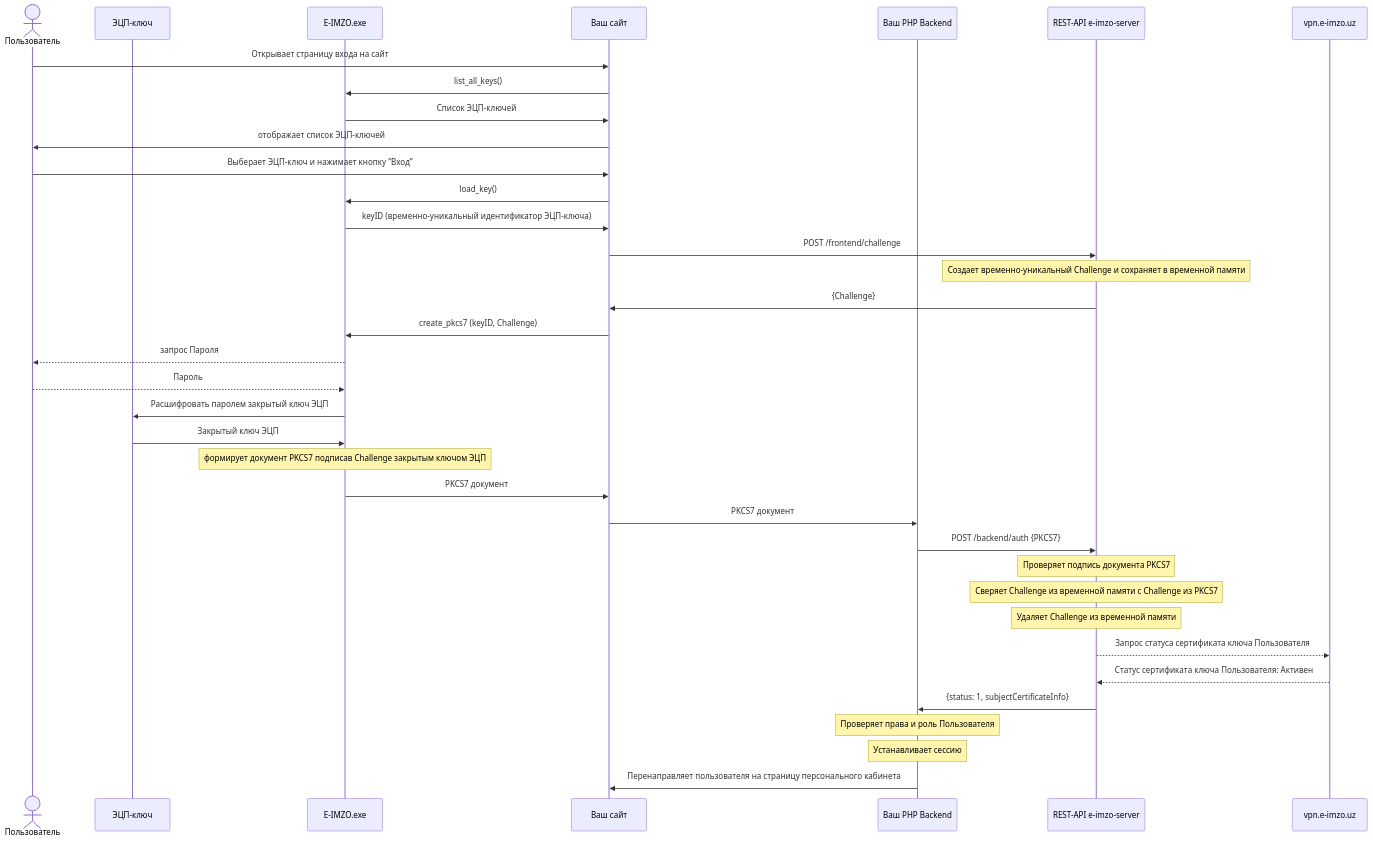
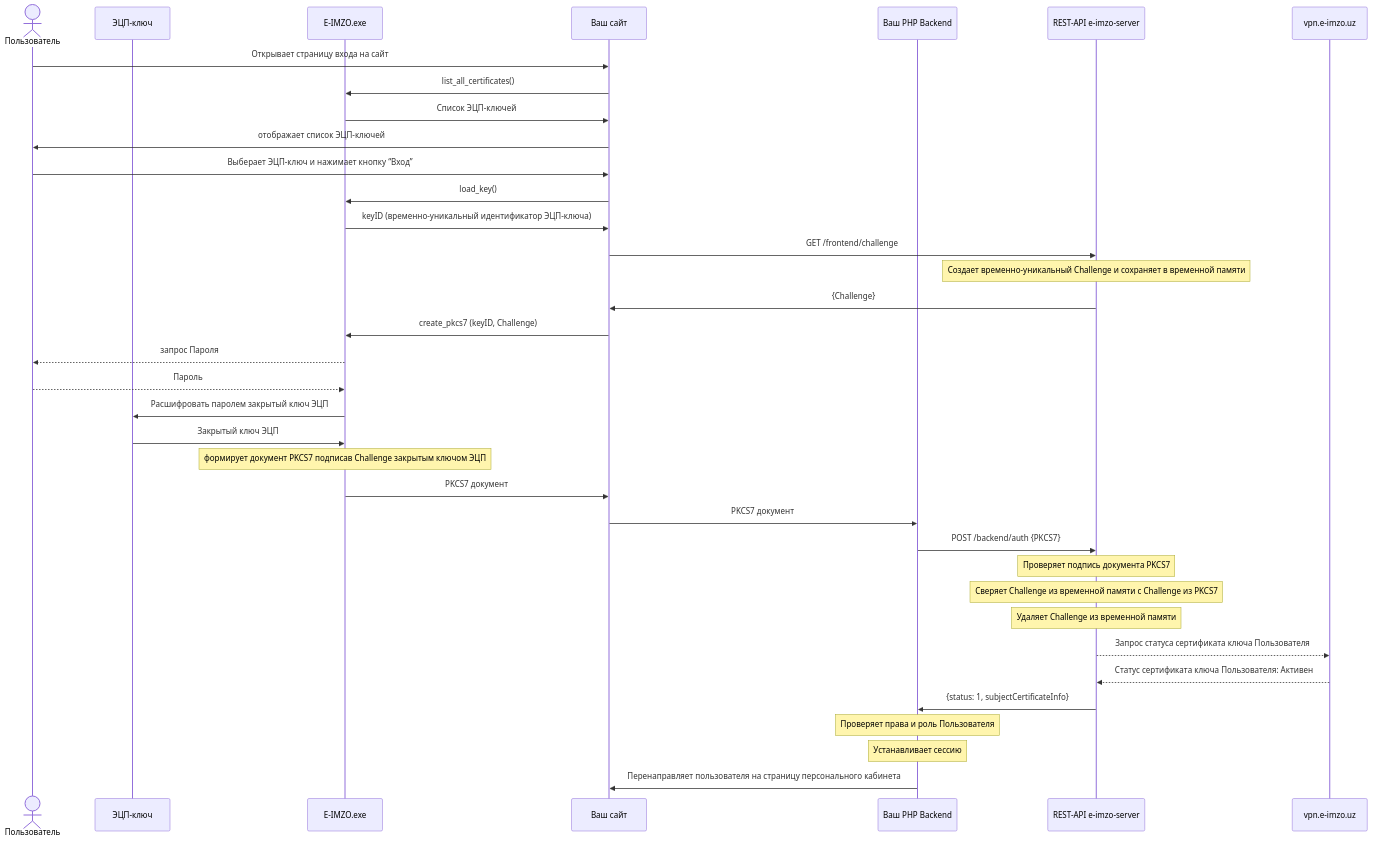
Before and after one commit to qo0p/e-imzo-doc: the first of 4 diagrams in README.md, drawn with Mermaid. The commit also changed other lines of this file, not shown here.

````diff
--- a/README.md
+++ b/README.md
@@ -13,40 +13,40 @@
 ```mermaid
 sequenceDiagram
   actor user as Пользователь
   participant key as ЭЦП-ключ
   participant eimzo as E-IMZO.exe
   participant frontend as Ваш сайт
   participant backend as Ваш PHP Backend
   participant rest as REST-API e-imzo-server
   participant vpn as vpn.e-imzo.uz
 
   user ->> frontend: Открывает страницу входа на сайт
-  frontend ->> eimzo: list_all_keys()
+  frontend ->> eimzo: list_all_certificates()
   eimzo ->> frontend: Cписок ЭЦП-ключей
   frontend ->> user: отображает список ЭЦП-ключей
   user ->> frontend: Выберает ЭЦП-ключ и нажимает кнопку “Вход”
   frontend ->> eimzo: load_key()
   eimzo ->> frontend: keyID (временно-уникальный идентификатор ЭЦП-ключа)
-  frontend ->> rest: POST /frontend/challenge
+  frontend ->> rest: GET /frontend/challenge
   Note over rest: Создает временно-уникальный Challenge и сохраняет в временной памяти
   rest ->> frontend: {Challenge}  
   frontend ->> eimzo: create_pkcs7 (keyID, Challenge)  
   eimzo -->> user: запрос Пароля
   user -->> eimzo: Пароль
   eimzo ->> key: Расшифровать паролем закрытый ключ ЭЦП
   key ->> eimzo: Закрытый ключ ЭЦП  
   Note over eimzo: формирует документ PKCS7 подписав Challenge закрытым ключом ЭЦП
   eimzo ->> frontend: PKCS7 документ  
   frontend ->> backend: PKCS7 документ  
   backend ->> rest: POST /backend/auth {PKCS7}
   Note over rest: Проверяет подпись документа PKCS7
   Note over rest: Сверяет Challenge из временной памяти с Challenge из PKCS7
   Note over rest: Удаляет Challenge из временной памяти
   rest -->> vpn: Запрос статуса сертификата ключа Пользователя
   vpn -->> rest: Статус сертификата ключа Пользователя: Активен
   rest ->> backend: {status: 1, subjectCertificateInfo}
   Note over backend: Проверяет права и роль Пользователя
   Note over backend: Устанавливает сессию
   backend ->> frontend: Перенаправляет пользователя на страницу персонального кабинета
 
 ```
````
